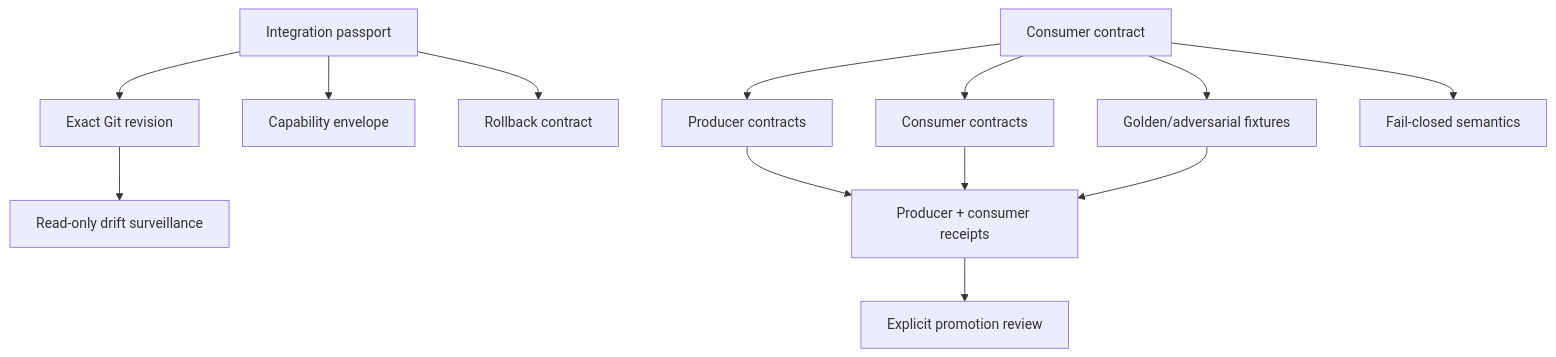
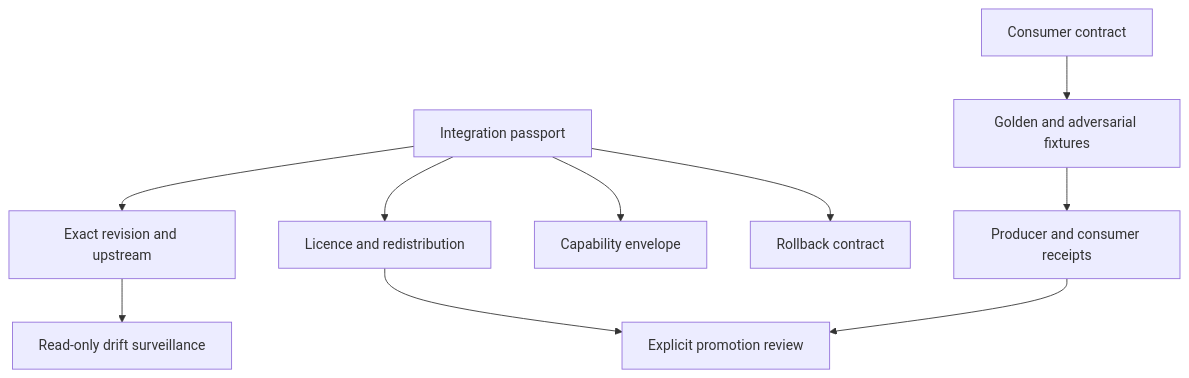
One commit to edithatogo/searchright changed the fourth of 4 diagrams in docs/architecture.md. Above: the diagram before and after it, drawn with Mermaid. The commit also changed other lines of this file and 451 other files, not shown here.

````diff
--- a/docs/architecture.md
+++ b/docs/architecture.md
@@ -259,15 +279,12 @@
 ```mermaid
 flowchart TB
-  PASS[Integration passport] --> PIN[Exact Git revision]
+  PASS[Integration passport] --> PIN[Exact revision and upstream]
+  PASS --> LIC[Licence and redistribution]
   PASS --> CAP[Capability envelope]
   PASS --> ROLLBACK[Rollback contract]
-  CDC[Consumer contract] --> PC[Producer contracts]
-  CDC --> CC[Consumer contracts]
-  CDC --> FIX[Golden/adversarial fixtures]
-  CDC --> FAIL[Fail-closed semantics]
+  CDC[Consumer contract] --> FIX[Golden and adversarial fixtures]
   PIN --> DRIFT[Read-only drift surveillance]
-  PC --> DUAL[Producer + consumer receipts]
-  CC --> DUAL
-  FIX --> DUAL
-  DUAL --> HUMAN[Explicit promotion review]
+  FIX --> DUAL[Producer and consumer receipts]
+  LIC --> HUMAN[Explicit promotion review]
+  DUAL --> HUMAN
 ```
````
